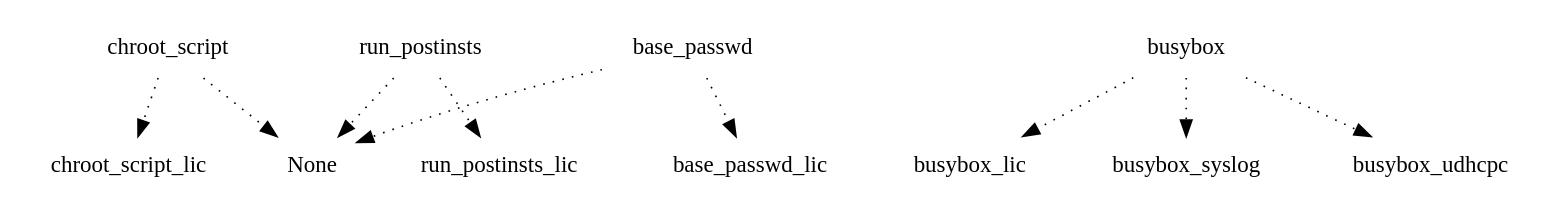
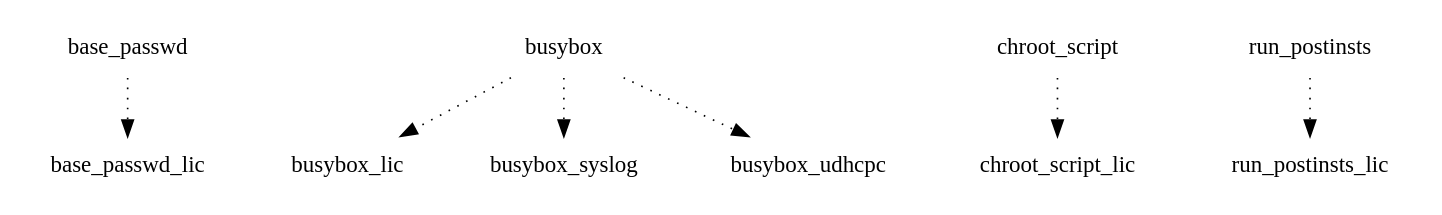
Before and after one commit to webOS-ports/buildhistory: the diagram in images/tuna/eglibc/chroot-image/depends-nokernel-nolibc-noupdate-nomodules.dot, drawn with Graphviz. The commit also changed 8 other files, not shown here.

```diff
--- a/images/tuna/eglibc/chroot-image/depends-nokernel-nolibc-noupdate-nomodules.dot
+++ b/images/tuna/eglibc/chroot-image/depends-nokernel-nolibc-noupdate-nomodules.dot
@@ -1,12 +1,9 @@
 digraph depends {
     node [shape=plaintext]
-base_passwd -> None [style=dotted];
 base_passwd -> base_passwd_lic [style=dotted];
 busybox -> busybox_lic [style=dotted];
 busybox -> busybox_syslog [style=dotted];
 busybox -> busybox_udhcpc [style=dotted];
-chroot_script -> None [style=dotted];
 chroot_script -> chroot_script_lic [style=dotted];
-run_postinsts -> None [style=dotted];
 run_postinsts -> run_postinsts_lic [style=dotted];
 }
```
